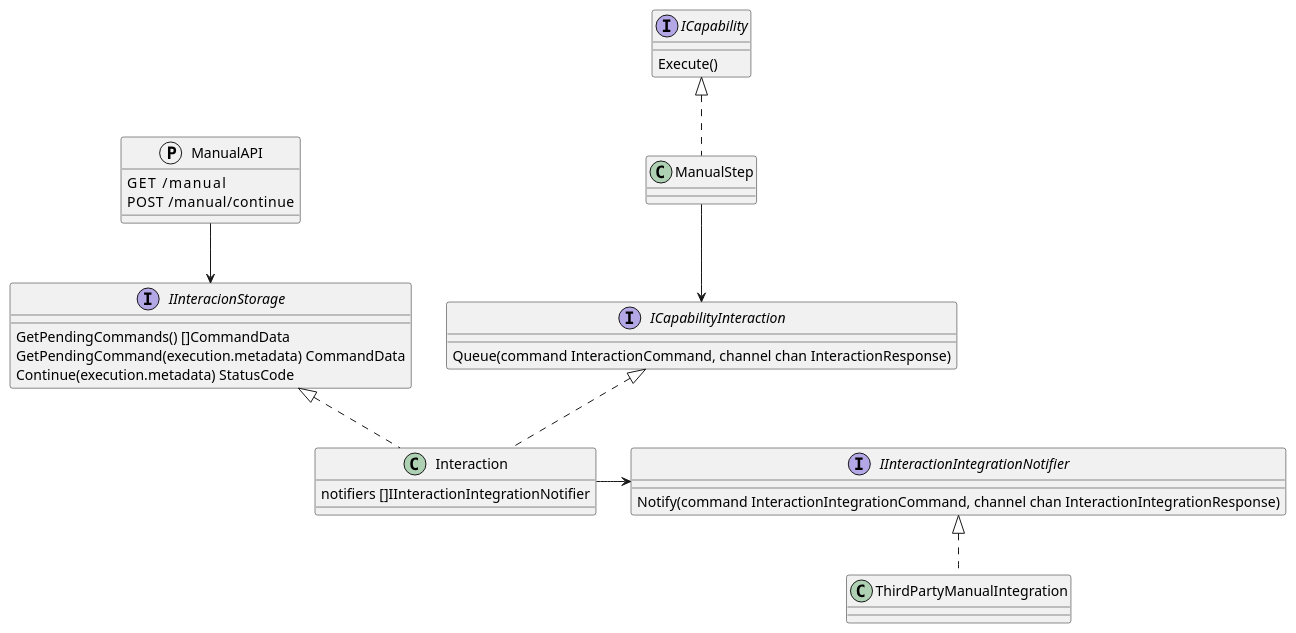
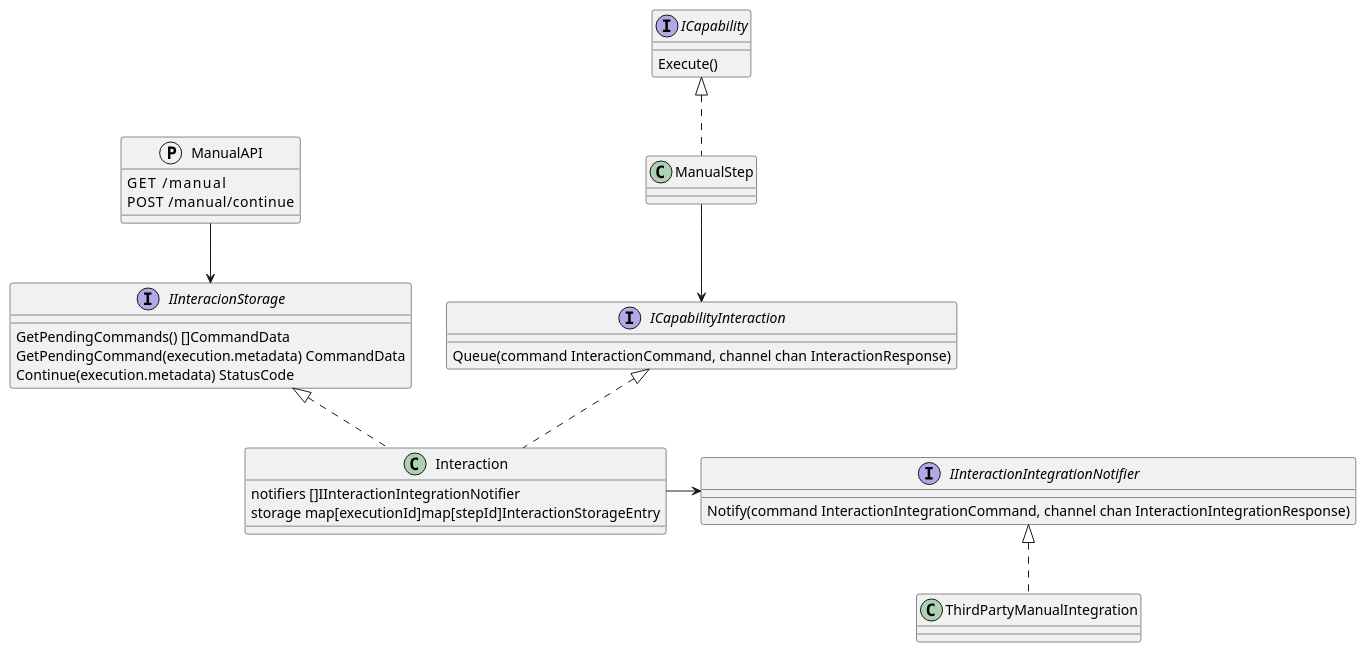
One commit to COSSAS/SOARCA changed the first of 2 diagrams in docs/content/en/docs/core-components/modules.md. Above: the diagram before and after it, drawn with PlantUML. The commit also changed other lines of this file, not shown here.

````diff
--- a/docs/content/en/docs/core-components/modules.md
+++ b/docs/content/en/docs/core-components/modules.md
@@ -341,47 +341,48 @@
 ```plantuml
 @startuml
 set separator ::
 
 class ManualStep 
 
 protocol ManualAPI {
     GET     /manual
     POST    /manual/continue
 }
 
 interface ICapability{
    Execute()
 }
 
 interface ICapabilityInteraction{
     Queue(command InteractionCommand, channel chan InteractionResponse)
 }
 
 interface IInteracionStorage{
     GetPendingCommands() []CommandData
 	GetPendingCommand(execution.metadata) CommandData
 	Continue(execution.metadata) StatusCode
 }
 
 interface IInteractionIntegrationNotifier {
     Notify(command InteractionIntegrationCommand, channel chan InteractionIntegrationResponse)
 }
 
 class Interaction {
     notifiers []IInteractionIntegrationNotifier
+    storage map[executionId]map[stepId]InteractionStorageEntry
 }
 class ThirdPartyManualIntegration
 
 
 ManualStep .up.|> ICapability
 ManualStep -down-> ICapabilityInteraction
 Interaction .up.|> ICapabilityInteraction
 Interaction .up.|> IInteracionStorage
 
 ManualAPI -down-> IInteracionStorage
 
 Interaction -right-> IInteractionIntegrationNotifier
 ThirdPartyManualIntegration .up.|> IInteractionIntegrationNotifier
 
 
 ```
````
